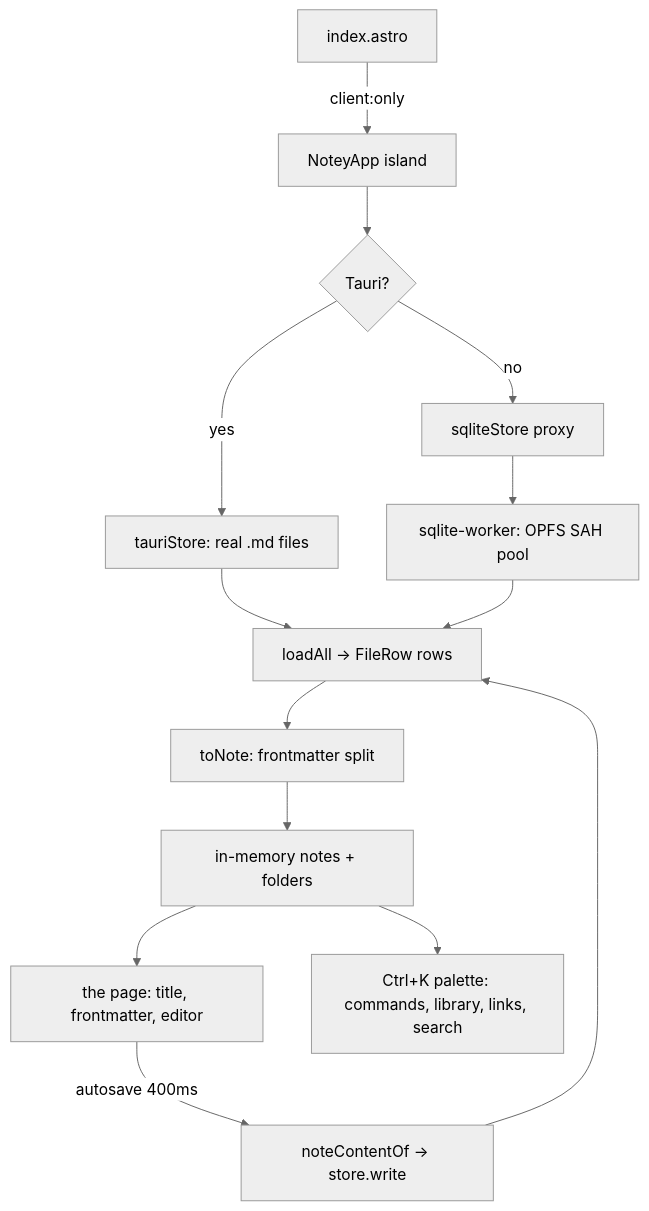
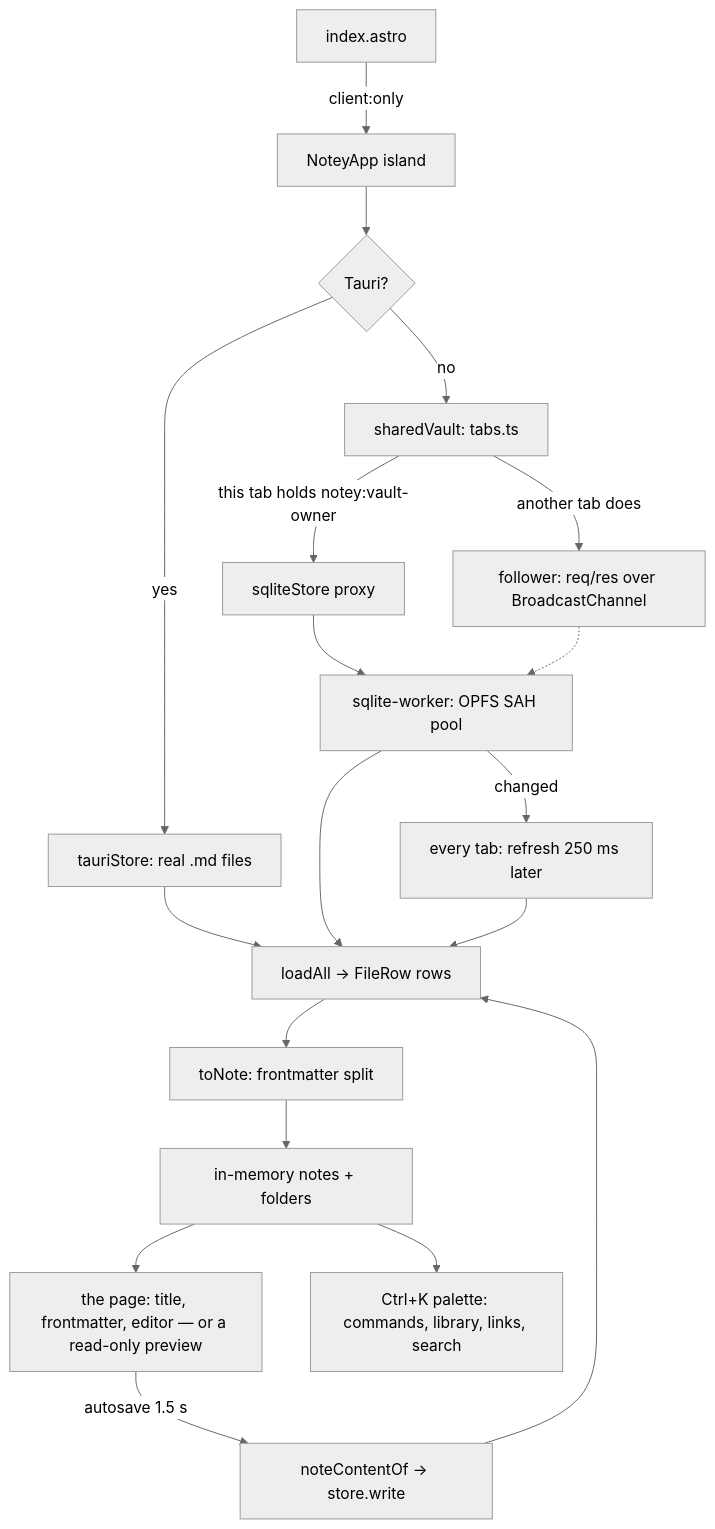
One commit to Kieran-s-Artisnal-Slop-Factory/notey changed the diagram in docs/dev/architecture.md. Above: the diagram before and after it, drawn with Mermaid (neutral theme). The commit also changed other lines of this file and 40 other files, not shown here.

````diff
--- a/docs/dev/architecture.md
+++ b/docs/dev/architecture.md
@@ -38,15 +38,20 @@
 ```mermaid
 flowchart TD
   A[index.astro] -->|client:only| B[NoteyApp island]
   B --> C{Tauri?}
   C -->|yes| D[tauriStore: real .md files]
-  C -->|no| E[sqliteStore proxy]
+  C -->|no| S[sharedVault: tabs.ts]
+  S -->|this tab holds notey:vault-owner| E[sqliteStore proxy]
+  S -->|another tab does| P[follower: req/res over BroadcastChannel]
   E --> F[sqlite-worker: OPFS SAH pool]
+  P -.-> F
   D & F --> G[loadAll → FileRow rows]
   G --> H[toNote: frontmatter split]
   H --> I[in-memory notes + folders]
-  I --> J[the page: title, frontmatter, editor]
+  I --> J[the page: title, frontmatter, editor — or a read-only preview]
   I --> K[Ctrl+K palette: commands, library, links, search]
-  J -->|autosave 400ms| L[noteContentOf → store.write]
+  J -->|autosave 1.5 s| L[noteContentOf → store.write]
   L --> G
+  F -->|changed| M[every tab: refresh 250 ms later]
+  M --> G
 ```
````
